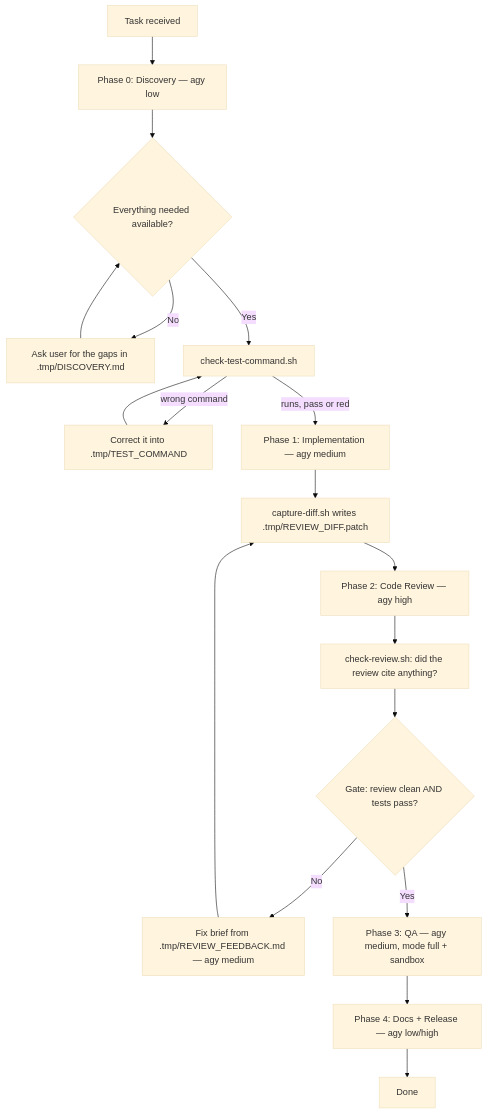
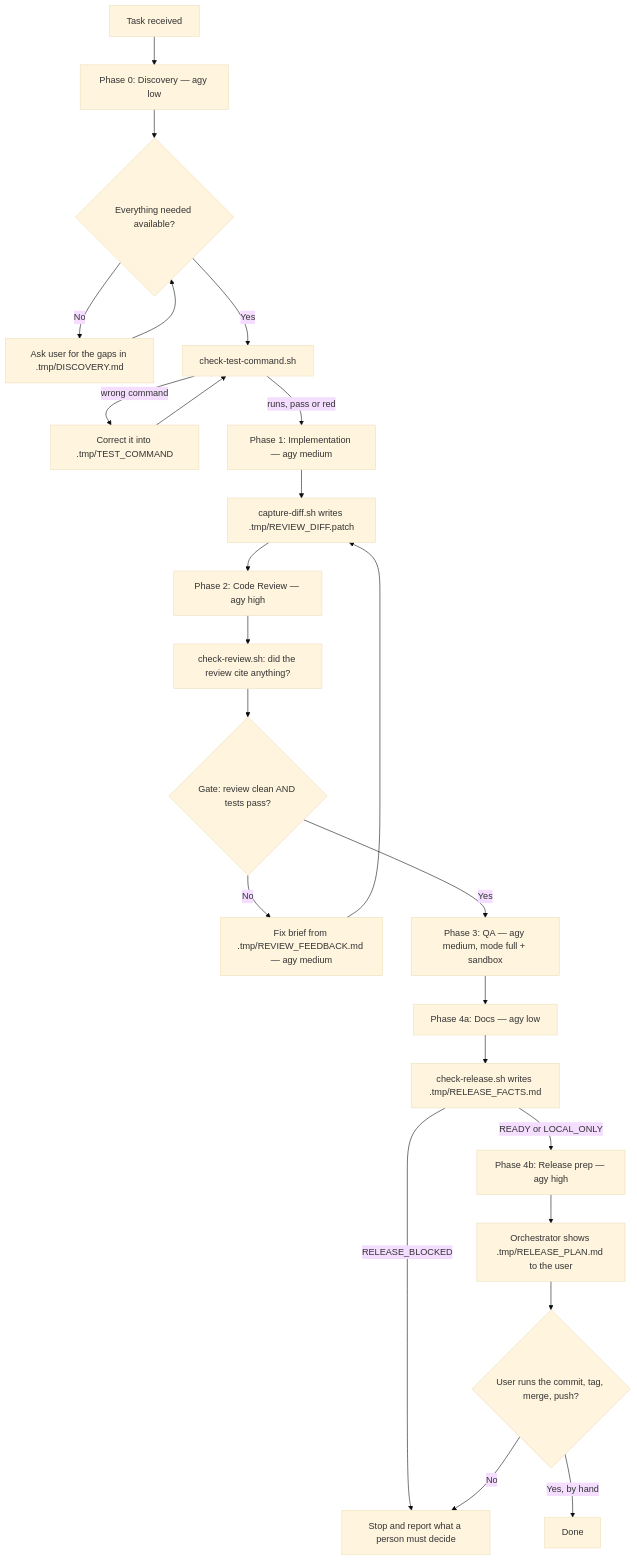
One commit to chilliesdev/agy-delivery-pipeline changed the diagram in SKILL.md. Above: the diagram before and after it, drawn with Mermaid (base theme). The commit also changed other lines of this file and 6 other files, not shown here.

````diff
--- a/SKILL.md
+++ b/SKILL.md
@@ -222,20 +238,26 @@
 ```mermaid
 flowchart TD
     A[Task received] --> B[Phase 0: Discovery — agy low]
     B --> C{Everything needed available?}
     C -- No --> D[Ask user for the gaps in .tmp/DISCOVERY.md]
     D --> C
     C -- Yes --> V[check-test-command.sh]
     V -- wrong command --> W[Correct it into .tmp/TEST_COMMAND]
     W --> V
     V -- runs, pass or red --> E[Phase 1: Implementation — agy medium]
     E --> X[capture-diff.sh writes .tmp/REVIEW_DIFF.patch]
     X --> F[Phase 2: Code Review — agy high]
     F --> Y[check-review.sh: did the review cite anything?]
     Y --> G{Gate: review clean AND tests pass?}
     G -- No --> H[Fix brief from .tmp/REVIEW_FEEDBACK.md — agy medium]
     H --> X
     G -- Yes --> I[Phase 3: QA — agy medium, mode full + sandbox]
-    I --> J[Phase 4: Docs + Release — agy low/high]
-    J --> K[Done]
+    I --> J[Phase 4a: Docs — agy low]
+    J --> L[check-release.sh writes .tmp/RELEASE_FACTS.md]
+    L -- RELEASE_BLOCKED --> M[Stop and report what a person must decide]
+    L -- READY or LOCAL_ONLY --> N[Phase 4b: Release prep — agy high]
+    N --> O[Orchestrator shows .tmp/RELEASE_PLAN.md to the user]
+    O --> P{User runs the commit, tag, merge, push?}
+    P -- Yes, by hand --> K[Done]
+    P -- No --> M
 ```
````
